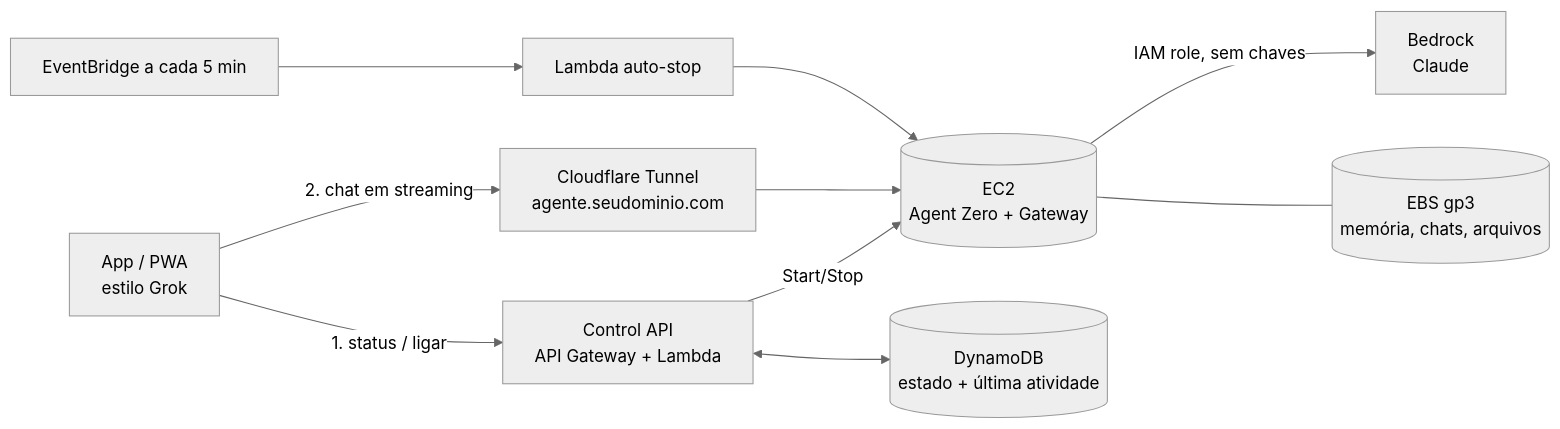
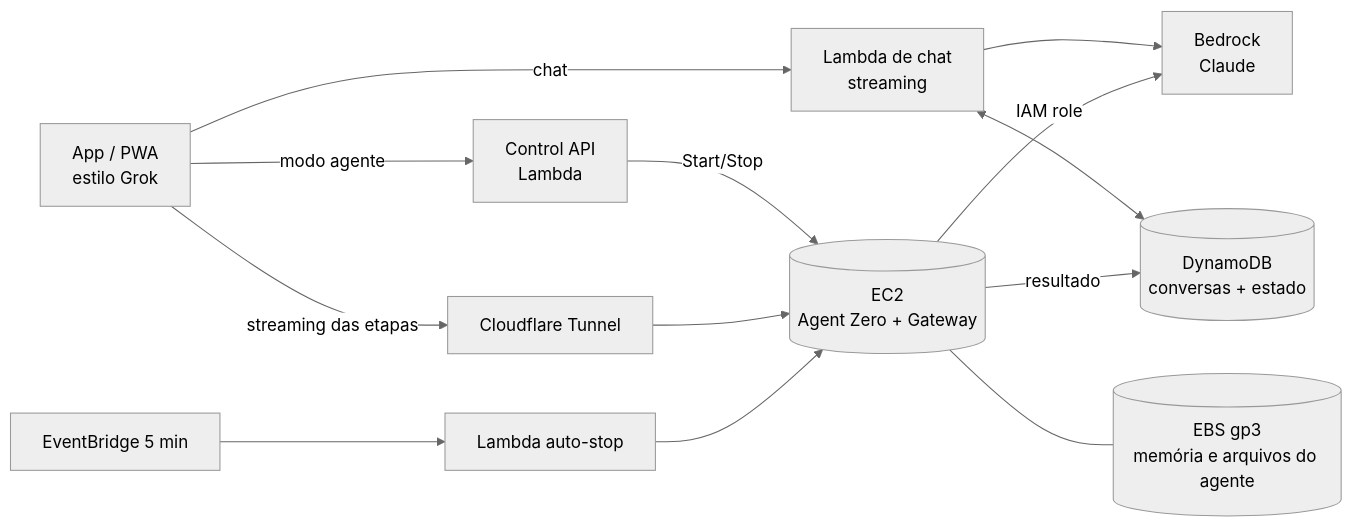
One commit to cardosomatheus1/agentepessoal changed the diagram in docs/ARQUITETURA.md. Above: the diagram before and after it, drawn with Mermaid (neutral theme). The commit also changed other lines of this file, not shown here.

First line of the commit message:
Revise architecture: hybrid serverless chat, on-demand agent VM, live screen view

````diff
--- a/docs/ARQUITETURA.md
+++ b/docs/ARQUITETURA.md
@@ -13,11 +28,13 @@
 ```mermaid
 flowchart LR
-  U[App / PWA<br/>estilo Grok] -->|1. status / ligar| CP[Control API<br/>API Gateway + Lambda]
+  U[App / PWA<br/>estilo Grok] -->|chat| CH[Lambda de chat<br/>streaming]
+  CH --> BR[Bedrock<br/>Claude]
+  CH <--> DB[(DynamoDB<br/>conversas + estado)]
+  U -->|modo agente| CP[Control API<br/>Lambda]
   CP -->|Start/Stop| EC2[(EC2<br/>Agent Zero + Gateway)]
-  CP <--> DB[(DynamoDB<br/>estado + última atividade)]
-  U -->|2. chat em streaming| CF[Cloudflare Tunnel<br/>agente.seudominio.com]
-  CF --> EC2
-  EC2 -->|IAM role, sem chaves| BR[Bedrock<br/>Claude]
-  EB[EventBridge a cada 5 min] --> IDLE[Lambda auto-stop] --> EC2
-  EC2 --- EBS[(EBS gp3<br/>memória, chats, arquivos)]
+  U -->|streaming das etapas| CF[Cloudflare Tunnel] --> EC2
+  EC2 -->|IAM role| BR
+  EC2 -->|resultado| DB
+  EB[EventBridge 5 min] --> IDLE[Lambda auto-stop] --> EC2
+  EC2 --- EBS[(EBS gp3<br/>memória e arquivos do agente)]
 ```
````
